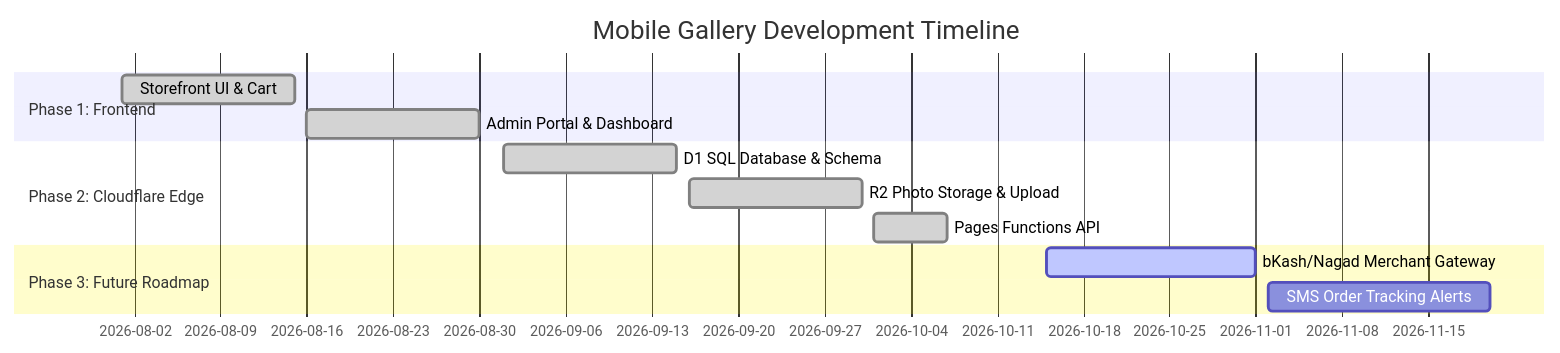
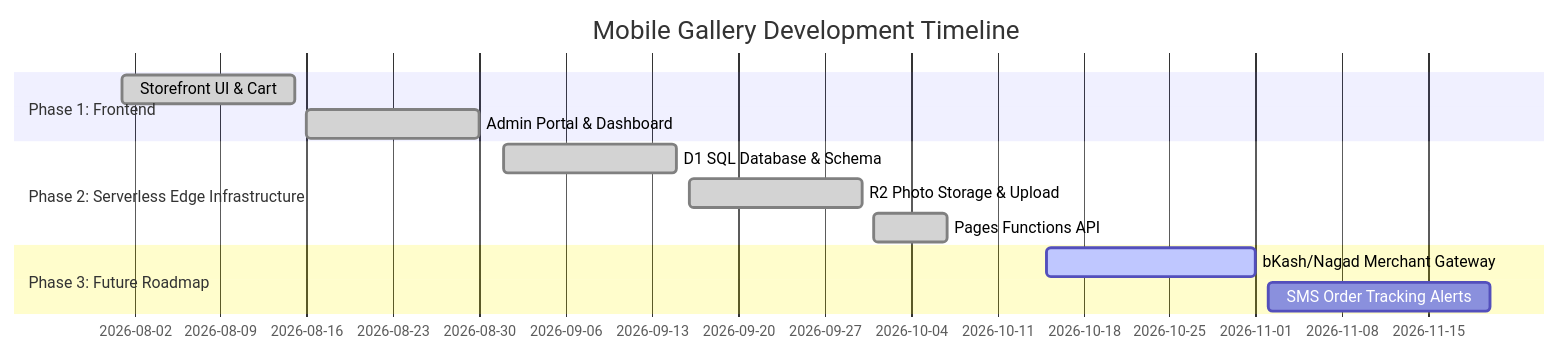
One commit to Fuad2e3/Mobile-Gallery changed the diagram in docs/TASKS.md. Above: the diagram before and after it, drawn with Mermaid. The commit also changed other lines of this file and 28 other files, not shown here.

````diff
--- a/docs/TASKS.md
+++ b/docs/TASKS.md
@@ -9,15 +9,15 @@
 ```mermaid
 gantt
     title Mobile Gallery Development Timeline
     dateFormat  YYYY-MM-DD
     section Phase 1: Frontend
     Storefront UI & Cart          :done, m1, 2026-08-01, 2026-08-15
     Admin Portal & Dashboard      :done, m2, 2026-08-16, 2026-08-30
-    section Phase 2: Cloudflare Edge
+    section Phase 2: Serverless Edge Infrastructure
     D1 SQL Database & Schema      :done, m3, 2026-09-01, 2026-09-15
     R2 Photo Storage & Upload     :done, m4, 2026-09-16, 2026-09-30
     Pages Functions API           :done, m5, 2026-10-01, 2026-10-07
     section Phase 3: Future Roadmap
     bKash/Nagad Merchant Gateway  :active, m6, 2026-10-15, 2026-11-01
     SMS Order Tracking Alerts     :m7, 2026-11-02, 2026-11-20
 ```
````
